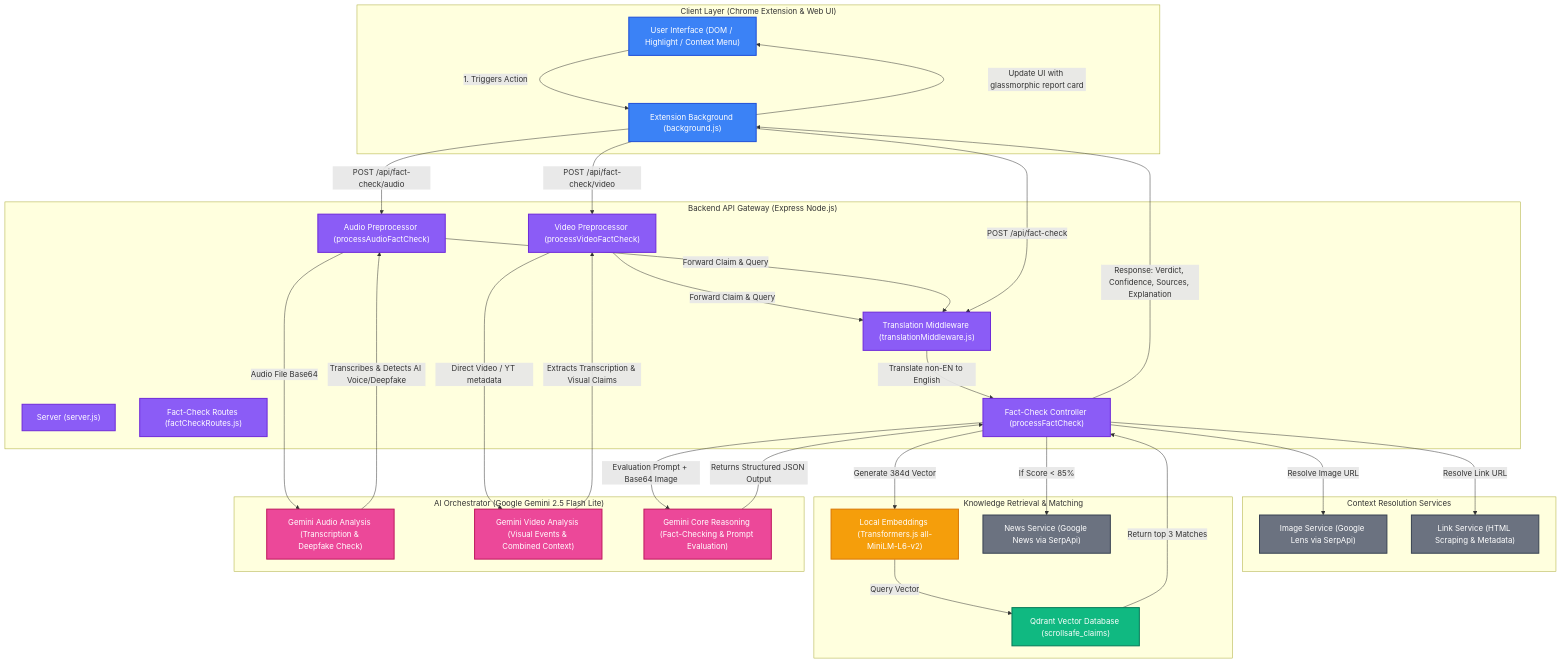
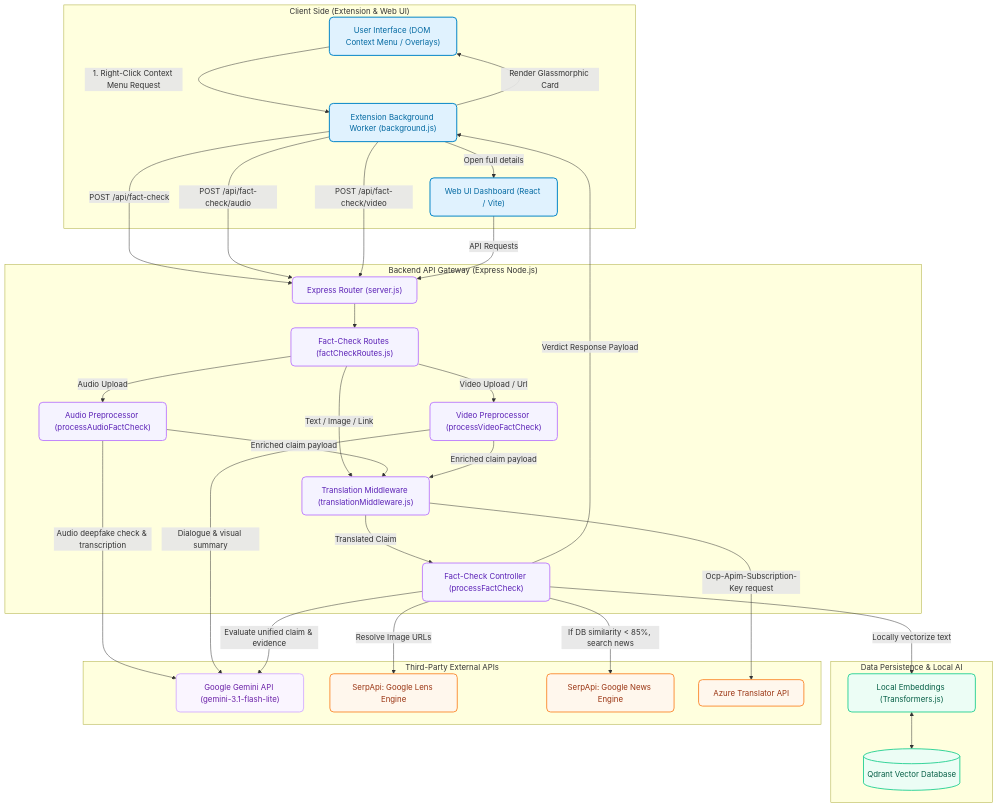
The first of 3 diagrams in README.md (ankitkuniyal/ScrollSafe), drawn with Mermaid before and after one commit. The commit also changed other lines of this file and 6 other files, not shown here.

Commit message:
refactor: replace inline text-check button with browser context menu integration

````diff
--- a/README.md
+++ b/README.md
@@ -26,83 +46,79 @@
 ```mermaid
-graph TD
-    %% Styling Classes
-    classDef client fill:#3b82f6,stroke:#1d4ed8,stroke-width:2px,color:#fff;
-    classDef router fill:#8b5cf6,stroke:#6d28d9,stroke-width:2px,color:#fff;
-    classDef process fill:#f59e0b,stroke:#d97706,stroke-width:2px,color:#fff;
-    classDef db fill:#10b981,stroke:#047857,stroke-width:2px,color:#fff;
-    classDef ai fill:#ec4899,stroke:#be185d,stroke-width:2px,color:#fff;
-    classDef external fill:#6b7280,stroke:#374151,stroke-width:2px,color:#fff;
-
-    %% Nodes
-    subgraph Client ["Client Layer (Chrome Extension & Web UI)"]
-        UI["User Interface (DOM / Highlight / Context Menu)"]:::client
-        ExtBg["Extension Background (background.js)"]:::client
+graph TB
+    subgraph Client_Side ["Client Side (Extension & Web UI)"]
+        UI["User Interface (DOM Context Menu / Overlays)"]
+        ExtBg["Extension Background Worker (background.js)"]
+        ReactUI["Web UI Dashboard (React / Vite)"]
     end
 
-    subgraph API ["Backend API Gateway (Express Node.js)"]
-        Server["Server (server.js)"]:::router
-        Routes["Fact-Check Routes (factCheckRoutes.js)"]:::router
-        T_MW["Translation Middleware (translationMiddleware.js)"]:::router
-        A_MW["Audio Preprocessor (processAudioFactCheck)"]:::router
-        V_MW["Video Preprocessor (processVideoFactCheck)"]:::router
-        Ctrl["Fact-Check Controller (processFactCheck)"]:::router
+    subgraph API_Gateway ["Backend API Gateway (Express Node.js)"]
+        Router["Express Router (server.js)"]
+        Routes["Fact-Check Routes (factCheckRoutes.js)"]
+        T_MW["Translation Middleware (translationMiddleware.js)"]
+        A_MW["Audio Preprocessor (processAudioFactCheck)"]
+        V_MW["Video Preprocessor (processVideoFactCheck)"]
+        Ctrl["Fact-Check Controller (processFactCheck)"]
     end
 
-    subgraph DataRes ["Context Resolution Services"]
-        ImgSrv["Image Service (Google Lens via SerpApi)"]:::external
-        LinkSrv["Link Service (HTML Scraping & Metadata)"]:::external
+    subgraph Data_Layer ["Data Persistence & Local AI"]
+        Embed["Local Embeddings (Transformers.js)"]
+        Qdrant[("Qdrant Vector Database")]
     end
 
-    subgraph Retrieval ["Knowledge Retrieval & Matching"]
-        Embed["Local Embeddings (Transformers.js all-MiniLM-L6-v2)"]:::process
-        Qdrant["Qdrant Vector Database (scrollsafe_claims)"]:::db
-        NewsSrv["News Service (Google News via SerpApi)"]:::external
+    subgraph External_APIs ["Third-Party External APIs"]
+        GeminiAI["Google Gemini API (gemini-3.1-flash-lite)"]
+        SerpLens["SerpApi: Google Lens Engine"]
+        SerpNews["SerpApi: Google News Engine"]
+        AzureTrans["Azure Translator API"]
     end
 
-    subgraph AIModel ["AI Orchestrator (Google Gemini 2.5 Flash Lite)"]
-        GeminiAudio["Gemini Audio Analysis (Transcription & Deepfake Check)"]:::ai
-        GeminiVideo["Gemini Video Analysis (Visual Events & Combined Context)"]:::ai
-        GeminiCore["Gemini Core Reasoning (Fact-Checking & Prompt Evaluation)"]:::ai
-    end
+    %% Client and Router flows
+    UI -->|1. Right-Click Context Menu Request| ExtBg
+    ExtBg -->|POST /api/fact-check| Router
+    ExtBg -->|POST /api/fact-check/audio| Router
+    ExtBg -->|POST /api/fact-check/video| Router
+    ReactUI -->|API Requests| Router
 
-    %% Flow Connections
-    UI -->|1. Triggers Action| ExtBg
+    %% Router routing
+    Router --> Routes
+    Routes -->|Text / Image / Link| T_MW
+    Routes -->|Audio Upload| A_MW
+    Routes -->|Video Upload / Url| V_MW
+
+    %% Middleware details
+    A_MW -->|Audio deepfake check & transcription| GeminiAI
+    A_MW -->|Enriched claim payload| T_MW
+    V_MW -->|Dialogue & visual summary| GeminiAI
+    V_MW -->|Enriched claim payload| T_MW
+
+    %% Translation
+    T_MW -->|Ocp-Apim-Subscription-Key request| AzureTrans
+    T_MW -->|Translated Claim| Ctrl
+
+    %% Controller processing
+    Ctrl -->|Resolve Image URLs| SerpLens
+    Ctrl -->|Locally vectorize text| Embed
+    Embed <--> Qdrant
+
+    %% Fallbacks & Evaluation
+    Ctrl -->|If DB similarity < 85%, search news| SerpNews
+    Ctrl -->|Evaluate unified claim & evidence| GeminiAI
+
+    %% Result back
+    Ctrl -->|Verdict Response Payload| ExtBg
+    ExtBg -->|Render Glassmorphic Card| UI
+    ExtBg -->|Open full details| ReactUI
+
+    %% Style definitions
+    classDef client fill:#e0f2fe,stroke:#0284c7,stroke-width:2px,rx:8px,ry:8px,color:#0369a1;
+    classDef auth fill:#faf5ff,stroke:#d8b4fe,stroke-width:2px,rx:8px,ry:8px,color:#6b21a8;
+    classDef server fill:#f5f3ff,stroke:#c084fc,stroke-width:2px,rx:8px,ry:8px,color:#5b21b6;
+    classDef database fill:#ecfdf5,stroke:#34d399,stroke-width:2px,rx:8px,ry:8px,color:#065f46;
+    classDef external fill:#fff7ed,stroke:#fb923c,stroke-width:2px,rx:8px,ry:8px,color:#9a3412;
     
-    %% Video Routing
-    ExtBg -->|POST /api/fact-check/video| V_MW
-    V_MW -->|Direct Video / YT metadata| GeminiVideo
-    GeminiVideo -->|Extracts Transcription & Visual Claims| V_MW
-    V_MW -->|Forward Claim & Query| T_MW
-
-    %% Audio Routing
-    ExtBg -->|POST /api/fact-check/audio| A_MW
-    A_MW -->|Audio File Base64| GeminiAudio
-    GeminiAudio -->|Transcribes & Detects AI Voice/Deepfake| A_MW
-    A_MW -->|Forward Claim & Query| T_MW
-
-    %% Text / Link / Image Routing
-    ExtBg -->|POST /api/fact-check| T_MW
-    
-    %% Translation & Normalization
-    T_MW -->|Translate non-EN to English| Ctrl
-    
-    %% Fact Check Resolution
-    Ctrl -->|Resolve Image URL| ImgSrv
-    Ctrl -->|Resolve Link URL| LinkSrv
-    
-    %% Local Embedding & DB Search
-    Ctrl -->|Generate 384d Vector| Embed
-    Embed -->|Query Vector| Qdrant
-    Qdrant -->|Return top 3 Matches| Ctrl
-    
-    %% Conditional Live Search
-    Ctrl -->|If Score < 85%| NewsSrv
-    
-    %% Final AI Orchestration
-    Ctrl -->|Evaluation Prompt + Base64 Image| GeminiCore
-    GeminiCore -->|Returns Structured JSON Output| Ctrl
-    
-    %% Response
-    Ctrl -->|Response: Verdict, Confidence, Sources, Explanation| ExtBg
-    ExtBg -->|Update UI with glassmorphic report card| UI
+    class UI,ExtBg,ReactUI client;
+    class GeminiAI auth;
+    class Router,Routes,T_MW,A_MW,V_MW,Ctrl server;
+    class Embed,Qdrant database;
+    class SerpLens,SerpNews,AzureTrans external;
 ```
````
